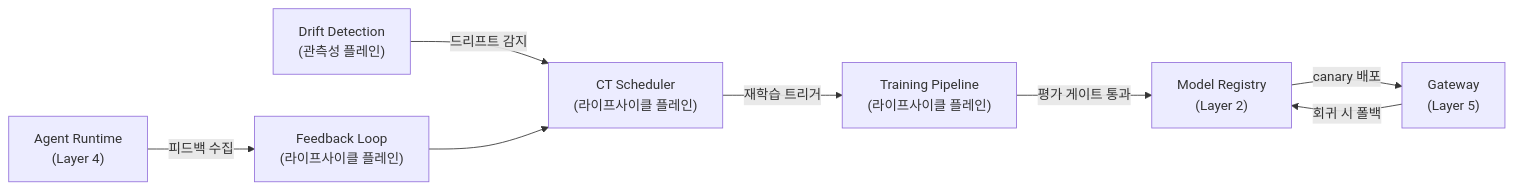
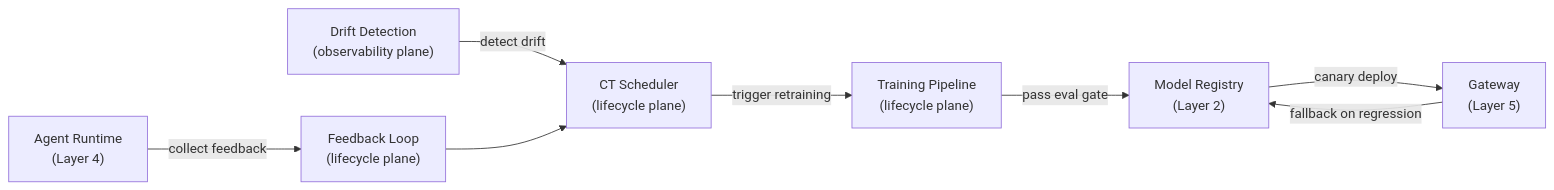
One commit to devfloor9/engineering-playbook changed the sixth of 10 diagrams in docs/agentic-ai-platform/design-architecture/foundations/agentic-platform-architecture.md. Above: the diagram before and after it, drawn with Mermaid. The commit also changed other lines of this file and 954 other files, not shown here.

````diff
--- a/docs/agentic-ai-platform/design-architecture/foundations/agentic-platform-architecture.md
+++ b/docs/agentic-ai-platform/design-architecture/foundations/agentic-platform-architecture.md
@@ -556,10 +553,10 @@
 ```mermaid
 graph LR
-    A["Agent Runtime<br/>(Layer 4)"] -->|피드백 수집| B["Feedback Loop<br/>(라이프사이클 플레인)"]
-    OBS["Drift Detection<br/>(관측성 플레인)"] -->|드리프트 감지| C["CT Scheduler<br/>(라이프사이클 플레인)"]
+    A["Agent Runtime<br/>(Layer 4)"] -->|collect feedback| B["Feedback Loop<br/>(lifecycle plane)"]
+    OBS["Drift Detection<br/>(observability plane)"] -->|detect drift| C["CT Scheduler<br/>(lifecycle plane)"]
     B --> C
-    C -->|재학습 트리거| D["Training Pipeline<br/>(라이프사이클 플레인)"]
-    D -->|평가 게이트 통과| E["Model Registry<br/>(Layer 2)"]
-    E -->|canary 배포| F["Gateway<br/>(Layer 5)"]
-    F -->|회귀 시 폴백| E
+    C -->|trigger retraining| D["Training Pipeline<br/>(lifecycle plane)"]
+    D -->|pass eval gate| E["Model Registry<br/>(Layer 2)"]
+    E -->|canary deploy| F["Gateway<br/>(Layer 5)"]
+    F -->|fallback on regression| E
 ```
````
